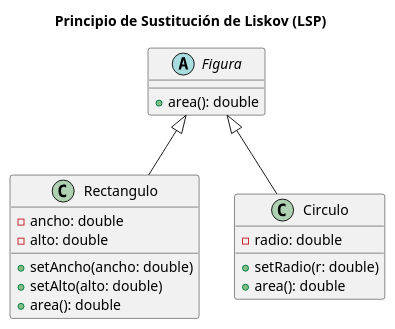
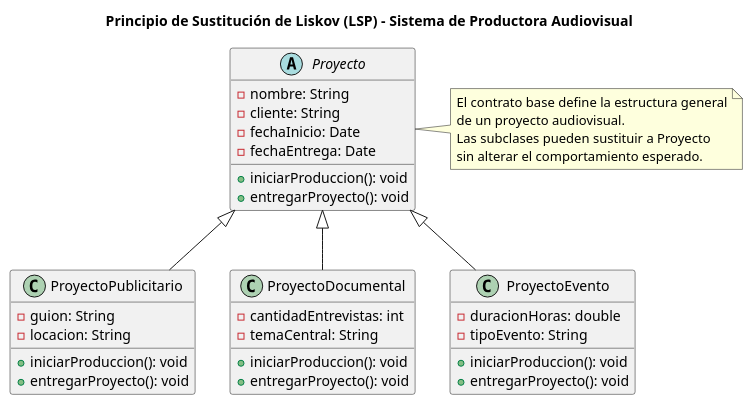
The diagram in diagramas/01-diagrama-clases/01-solid-03-lsp.puml (GonzaloBarbano/SistemaProductoraVideos), drawn with PlantUML before and after one commit. The commit also changed 3 other files, not shown here.

```diff
--- a/diagramas/01-diagrama-clases/01-solid-03-lsp.puml
+++ b/diagramas/01-diagrama-clases/01-solid-03-lsp.puml
@@ -1,24 +1,47 @@
 @startuml
-title Principio de Sustitución de Liskov (LSP)
+title Principio de Sustitución de Liskov (LSP) - Sistema de Productora Audiovisual
 
-abstract class Figura {
-  +area(): double
+' Clase base
+abstract class Proyecto {
+  - nombre: String
+  - cliente: String
+  - fechaInicio: Date
+  - fechaEntrega: Date
+  + iniciarProduccion(): void
+  + entregarProyecto(): void
 }
 
-class Rectangulo {
-  -ancho: double
-  -alto: double
-  +setAncho(ancho: double)
-  +setAlto(alto: double)
-  +area(): double
+' Subclases que extienden Proyecto
+class ProyectoPublicitario {
+  - guion: String
+  - locacion: String
+  + iniciarProduccion(): void
+  + entregarProyecto(): void
 }
 
-class Circulo {
-  -radio: double
-  +setRadio(r: double)
-  +area(): double
+class ProyectoDocumental {
+  - cantidadEntrevistas: int
+  - temaCentral: String
+  + iniciarProduccion(): void
+  + entregarProyecto(): void
 }
 
-Figura <|-- Rectangulo
-Figura <|-- Circulo
+class ProyectoEvento {
+  - duracionHoras: double
+  - tipoEvento: String
+  + iniciarProduccion(): void
+  + entregarProyecto(): void
+}
+
+Proyecto <|-- ProyectoPublicitario
+Proyecto <|-- ProyectoDocumental
+Proyecto <|-- ProyectoEvento
+
+note right of Proyecto
+El contrato base define la estructura general
+de un proyecto audiovisual.
+Las subclases pueden sustituir a Proyecto
+sin alterar el comportamiento esperado.
+end note
+
 @enduml
```
